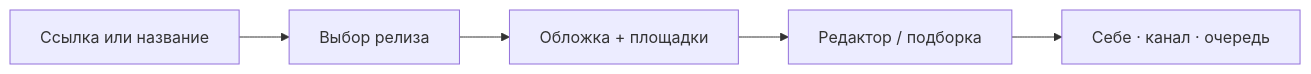
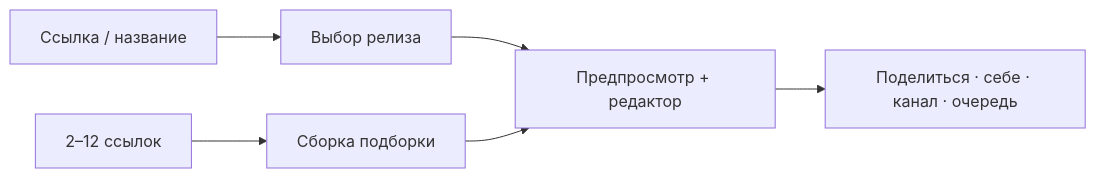
The diagram in README.ru.md (StonerHand/stonerhand-soundlinks-bot), drawn with Mermaid before and after one commit. The commit also changed other lines of this file and 20 other files, not shown here.

````diff
--- a/README.ru.md
+++ b/README.ru.md
@@ -40,7 +40,8 @@
 ```mermaid
 flowchart LR
-    A["Ссылка или название"] --> B["Выбор релиза"]
-    B --> C["Обложка + площадки"]
-    C --> D["Редактор / подборка"]
-    D --> E["Себе · канал · очередь"]
+    A["Ссылка / название"] --> B["Выбор релиза"]
+    A2["2–12 ссылок"] --> C["Сборка подборки"]
+    B --> D["Предпросмотр + редактор"]
+    C --> D
+    D --> E["Поделиться · себе · канал · очередь"]
 ```
````
